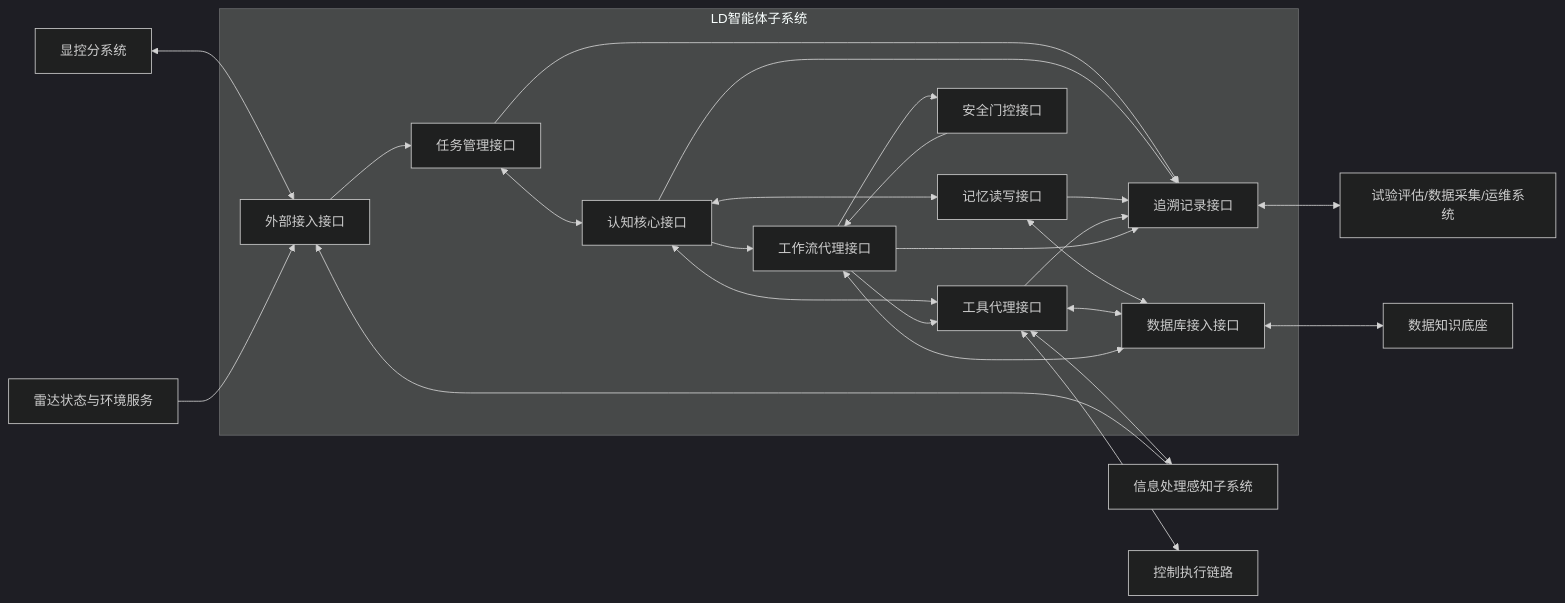
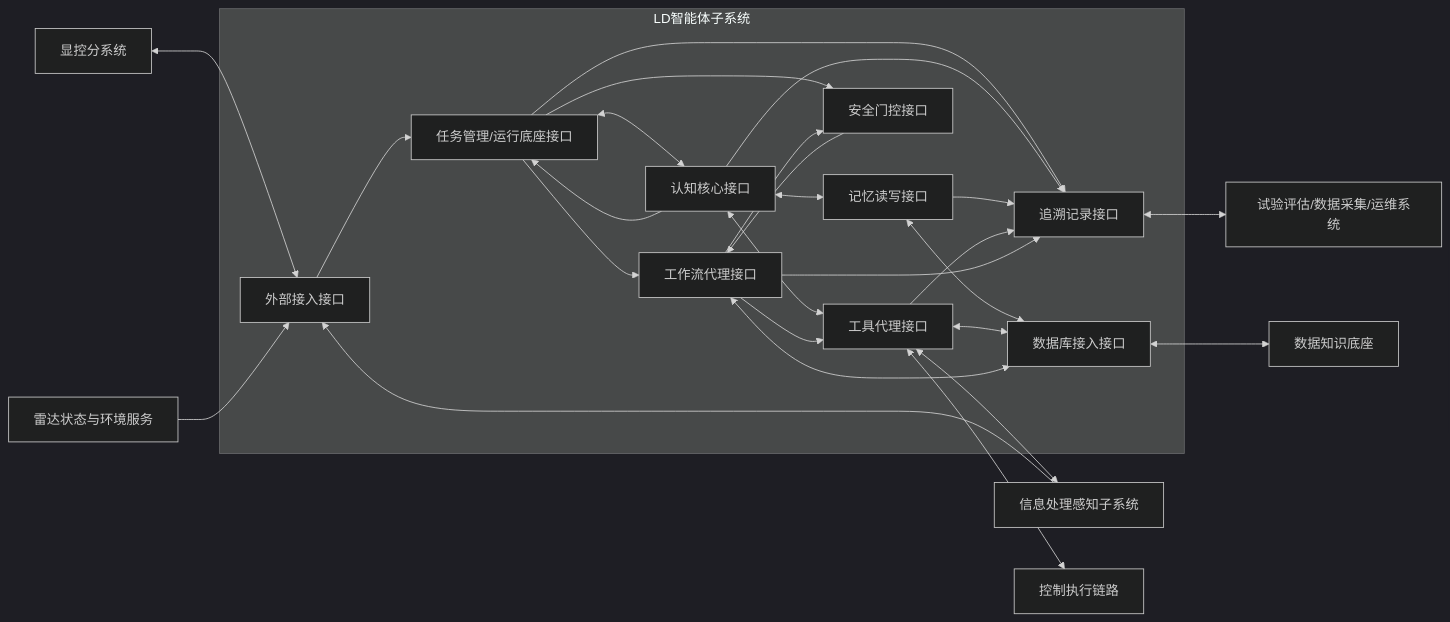
The seventh of 7 diagrams in radar agent/4.3.3.2 LD智能体子系统技术方案.md (StormSeven1/obsidian-vault), drawn with Mermaid (dark theme) before and after one commit. The commit also changed other lines of this file, not shown here.

````diff
--- a/radar agent/4.3.3.2 LD智能体子系统技术方案.md
+++ b/radar agent/4.3.3.2 LD智能体子系统技术方案.md
@@ -599,45 +601,47 @@
 ```mermaid
 graph LR
     K1[显控分系统]
     K2[信息处理感知子系统]
     K3[雷达状态与环境服务]
     K4[控制执行链路]
     K5[数据知识底座]
     K6[试验评估/数据采集/运维系统]
 
     subgraph K7[LD智能体子系统]
         K8[外部接入接口]
-        K9[任务管理接口]
+        K9[任务管理/运行底座接口]
         K10[认知核心接口]
         K11[记忆读写接口]
         K12[工具代理接口]
         K13[工作流代理接口]
         K14[安全门控接口]
         K15[追溯记录接口]
         K16[数据库接入接口]
     end
 
     K1 <--> K8
     K2 --> K8
     K3 --> K8
     K8 --> K9
     K9 <--> K10
     K10 <--> K11
     K10 <--> K12
     K11 <--> K16
     K12 <--> K16
     K13 <--> K16
     K16 <--> K5
     K12 <--> K2
-    K10 --> K13
+    K10 --> K9
+    K9 --> K13
+    K9 --> K14
     K13 --> K14
     K14 --> K13
     K13 --> K12
     K12 <--> K4
     K9 --> K15
     K10 --> K15
     K11 --> K15
     K12 --> K15
     K13 --> K15
     K15 <--> K6
 ```
````
